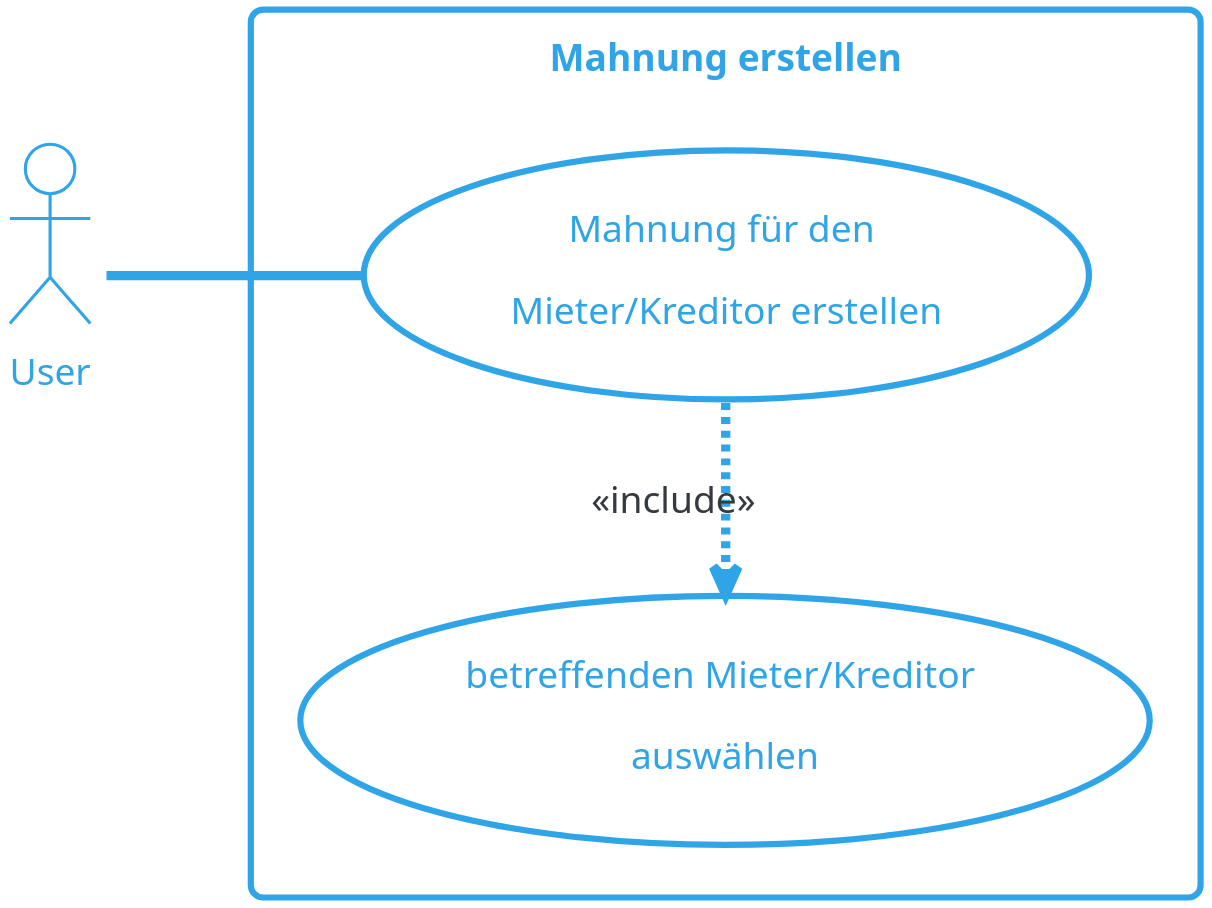
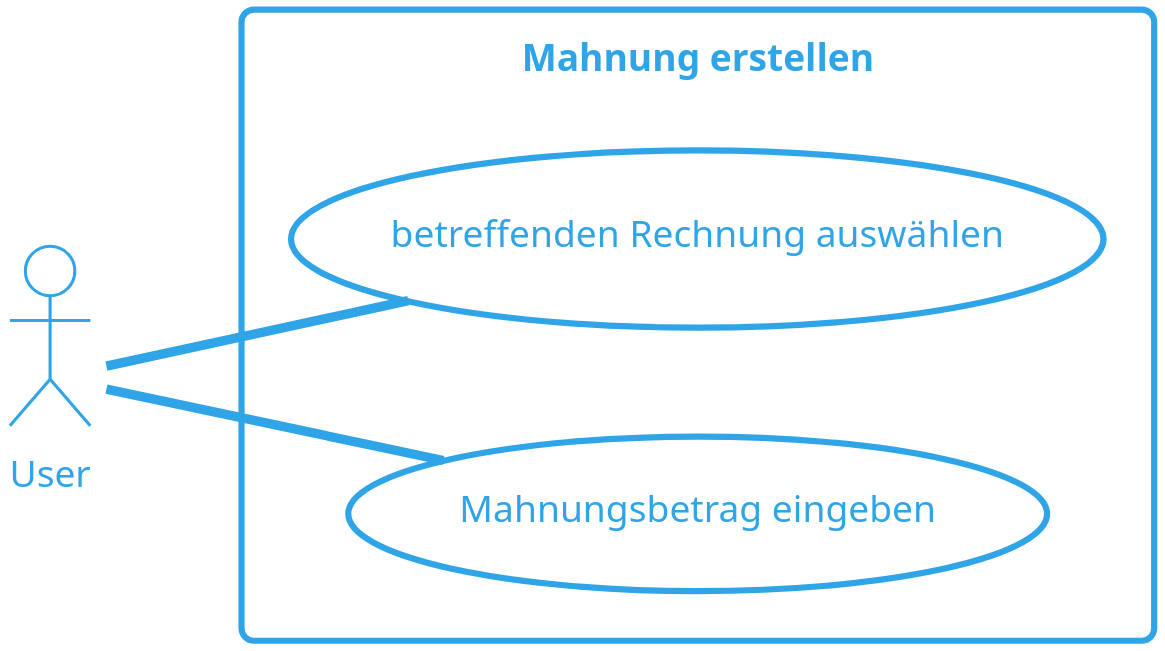
The diagram in docs/content/diagrams/usecase/mahnungGenerieren.wsd (sirtheta/ImmoGlobal_Semesterarbeit), drawn with PlantUML before and after one commit. The commit also changed 16 other files, not shown here.

```diff
--- a/docs/content/diagrams/usecase/mahnungGenerieren.wsd
+++ b/docs/content/diagrams/usecase/mahnungGenerieren.wsd
@@ -1,13 +1,14 @@
 @startuml MahnungErstellen
 !theme cerulean-outline
 skinparam dpi 300
 left to right direction
-actor "User" as fc
+actor "User" as user
 rectangle "Mahnung erstellen" {
-  usecase "Mahnung für den \nMieter/Kreditor erstellen" as UC1
-  usecase "betreffenden Mieter/Kreditor \nauswählen"as inc1
+  usecase "betreffenden Rechnung auswählen"as UC1
+  usecase "Mahnungsbetrag eingeben" as UC2
 
 } 
-fc -- UC1
-UC1 .left.> inc1 : <<include>>
+user -- UC1
+user -- UC2
+
 @enduml
```
